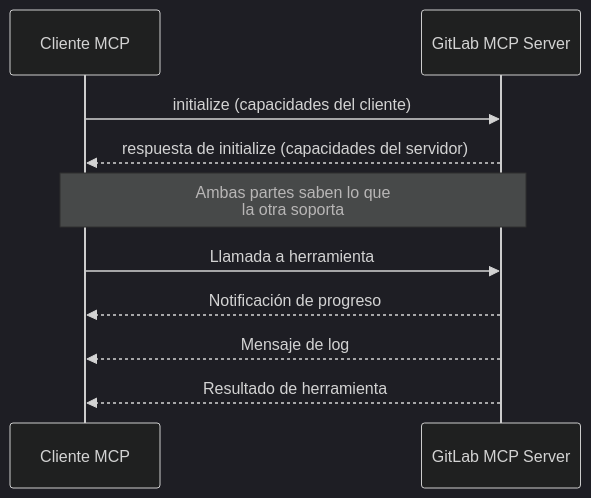
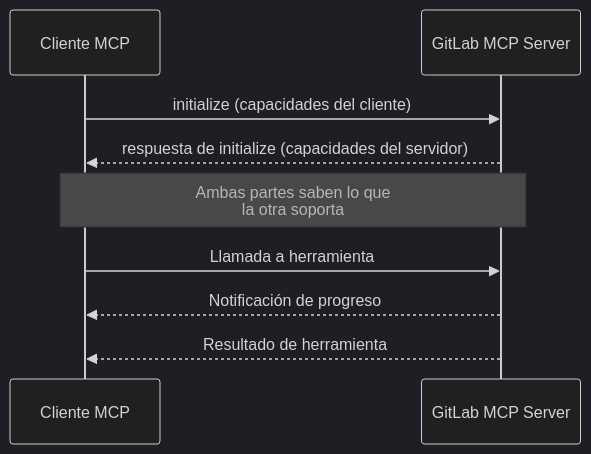
One commit to jmrplens/gitlab-mcp-server changed the diagram in site/src/content/docs/es/capabilities/overview.mdx. Above: the diagram before and after it, drawn with Mermaid (dark theme). The commit also changed other lines of this file and 198 other files, not shown here.

````diff
--- a/site/src/content/docs/es/capabilities/overview.mdx
+++ b/site/src/content/docs/es/capabilities/overview.mdx
@@ -24,14 +21,13 @@
 ```mermaid
 sequenceDiagram
     participant C as Cliente MCP
     participant S as GitLab MCP Server
 
     C->>S: initialize (capacidades del cliente)
     S-->>C: respuesta de initialize (capacidades del servidor)
     Note over C,S: Ambas partes saben lo que<br/>la otra soporta
 
     C->>S: Llamada a herramienta
     S-->>C: Notificación de progreso
-    S-->>C: Mensaje de log
     S-->>C: Resultado de herramienta
 ```
````
